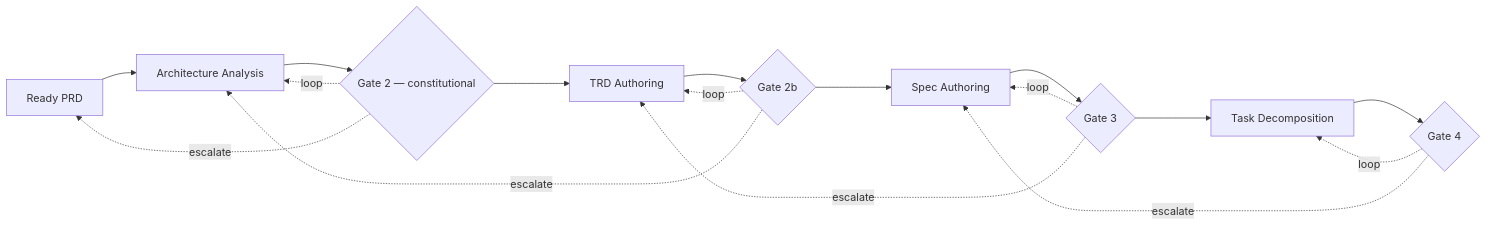
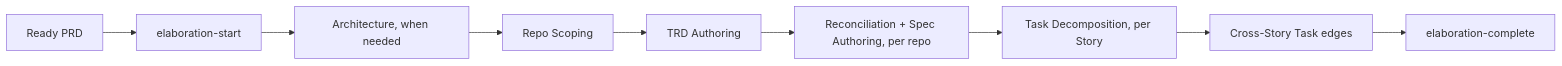
The second of 4 diagrams in plugins/agent-teams-workforce/AGENT-TEAMS-WORKFORCE.md (mark-satterfield/toolset), drawn with Mermaid before and after one commit. The commit also changed other lines of this file and 25 other files, not shown here.

````diff
--- a/plugins/agent-teams-workforce/AGENT-TEAMS-WORKFORCE.md
+++ b/plugins/agent-teams-workforce/AGENT-TEAMS-WORKFORCE.md
@@ -50,17 +50,10 @@
 ```mermaid
 graph LR
-  P[Ready PRD] --> A[Architecture Analysis] --> G2{Gate 2 — constitutional}
-  G2 --> R[TRD Authoring] --> G2B{Gate 2b}
-  G2B --> S[Spec Authoring] --> G3{Gate 3}
-  G3 --> T[Task Decomposition] --> G4{Gate 4}
-
-  G2 -. loop .-> A
-  G2B -. loop .-> R
-  G3 -. loop .-> S
-  G4 -. loop .-> T
-
-  G2 -. escalate .-> P
-  G2B -. escalate .-> A
-  G3 -. escalate .-> R
-  G4 -. escalate .-> S
+  P[Ready PRD] --> L[elaboration-start]
+  L --> A[Architecture, when needed] --> RS[Repo Scoping]
+  RS --> R[TRD Authoring]
+  R --> S[Reconciliation + Spec Authoring, per repo]
+  S --> T[Task Decomposition, per Story]
+  T --> X[Cross-Story Task edges]
+  X --> E[elaboration-complete]
 ```
````
